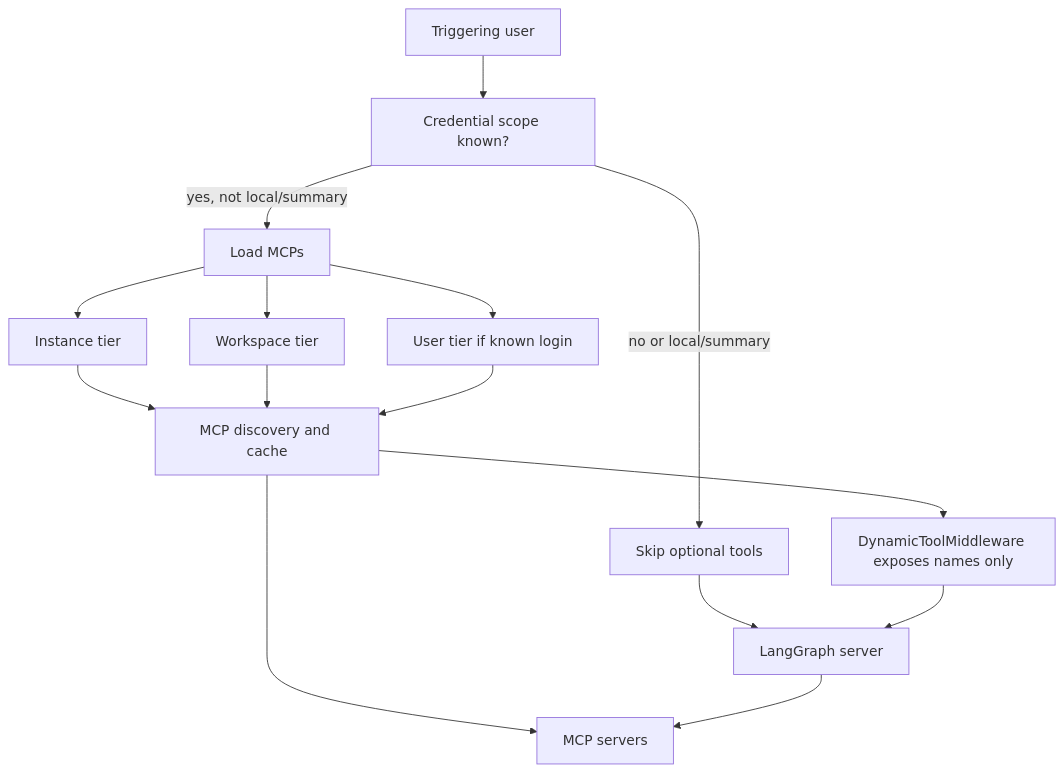
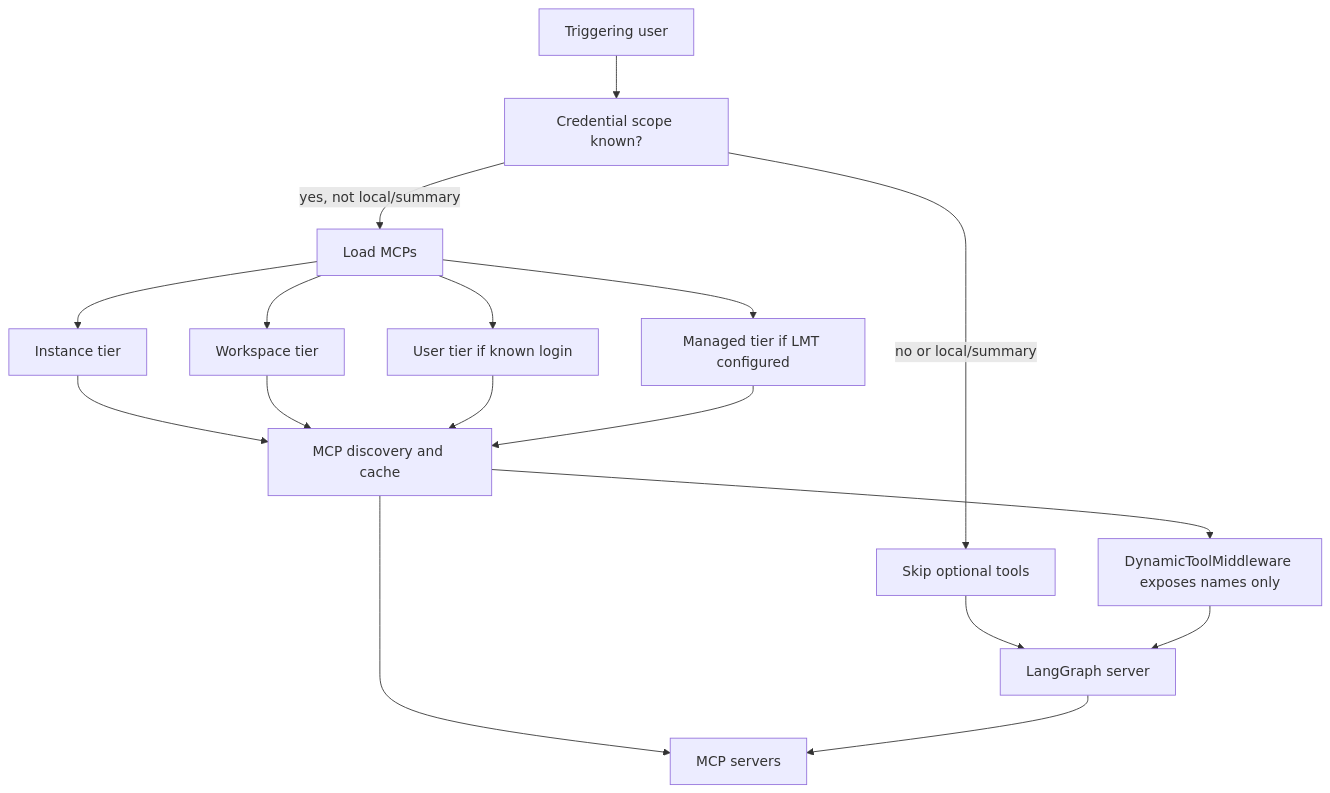
The diagram in openwiki/integrations/observability-and-mcp.md (aeteq/open-swe), drawn with Mermaid before and after one commit. The commit also changed other lines of this file and 23 other files, not shown here.

````diff
--- a/openwiki/integrations/observability-and-mcp.md
+++ b/openwiki/integrations/observability-and-mcp.md
@@ -179,17 +182,19 @@
 ```mermaid
 graph TD
   Trigger["Triggering user"] --> Scope["Credential scope known?"]
   Scope -->|yes, not local/summary| Load["Load MCPs"]
   Scope -->|no or local/summary| Skip["Skip optional tools"]
   Load --> Instance["Instance tier"]
   Load --> Workspace["Workspace tier"]
   Load --> User["User tier if known login"]
+  Load --> Managed["Managed tier if LMT configured"]
   Instance --> Discover["MCP discovery and cache"]
   Workspace --> Discover
   User --> Discover
+  Managed --> Discover
   Discover --> Dynamic["DynamicToolMiddleware exposes names only"]
   Skip --> Server["LangGraph server"]
   Dynamic --> Server
   Discover --> MCP["MCP servers"]
   Server --> MCP
 ```
````
